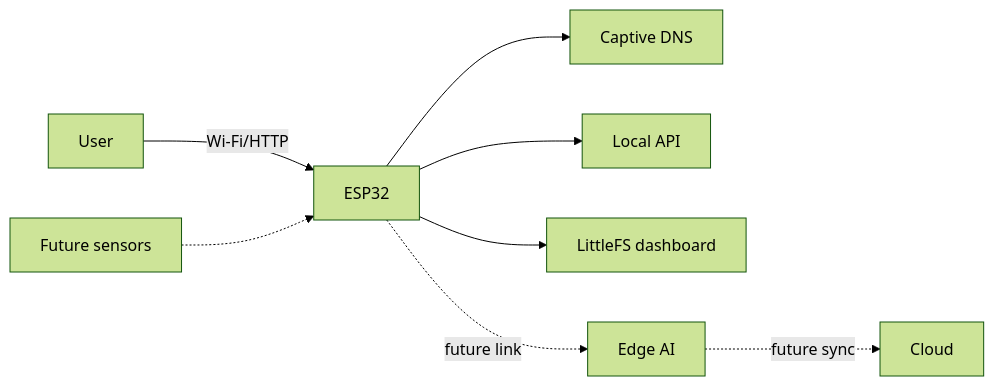
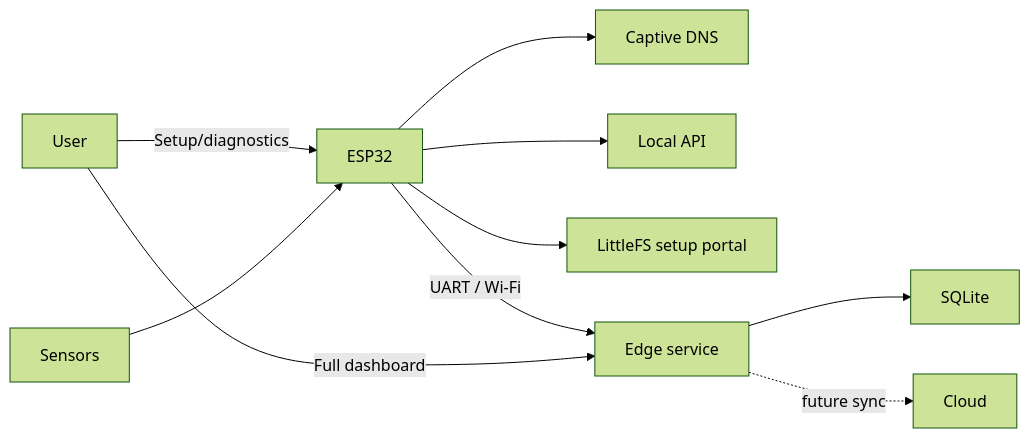
One commit to Ruzz-1010/Project-FALCON-01 changed the diagram in docs/SYSTEM_ARCHITECTURE.md. Above: the diagram before and after it, drawn with Mermaid (forest theme). The commit also changed other lines of this file and 44 other files, not shown here.

````diff
--- a/docs/SYSTEM_ARCHITECTURE.md
+++ b/docs/SYSTEM_ARCHITECTURE.md
@@ -13,10 +13,12 @@
 ```mermaid
 flowchart LR
-  User -->|Wi-Fi/HTTP| ESP32
+  User -->|Setup/diagnostics| ESP32
   ESP32 --> DNS[Captive DNS]
   ESP32 --> API[Local API]
-  ESP32 --> FS[LittleFS dashboard]
-  Sensors[Future sensors] -.-> ESP32
-  ESP32 -. future link .-> Edge[Edge AI]
+  ESP32 --> FS[LittleFS setup portal]
+  Sensors --> ESP32
+  ESP32 -->|UART / Wi-Fi| Edge[Edge service]
+  User -->|Full dashboard| Edge
+  Edge --> DB[SQLite]
   Edge -. future sync .-> Cloud
 ```
````
